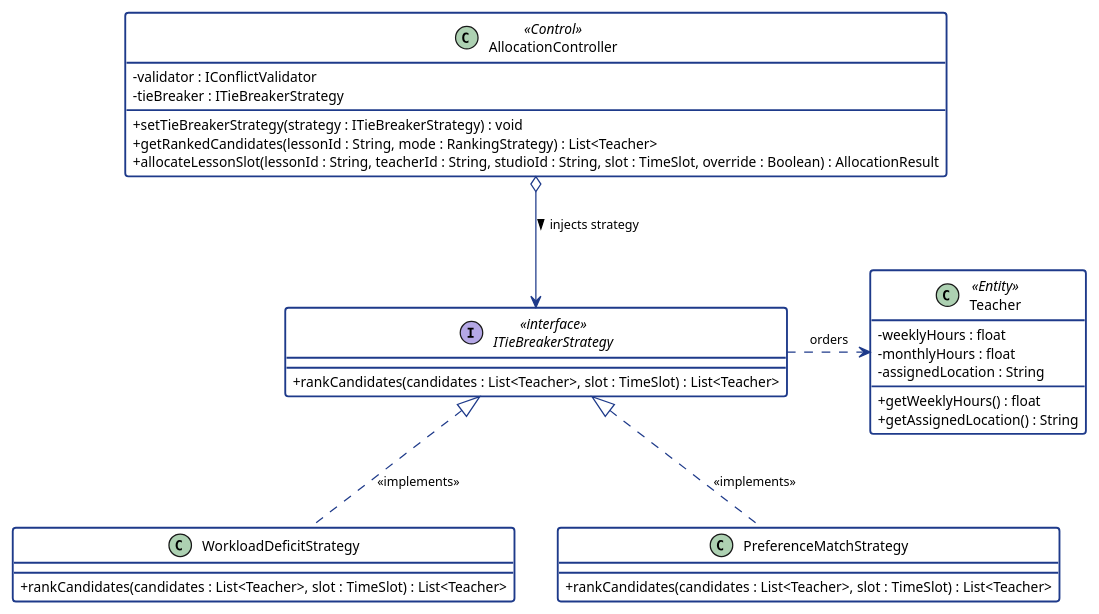
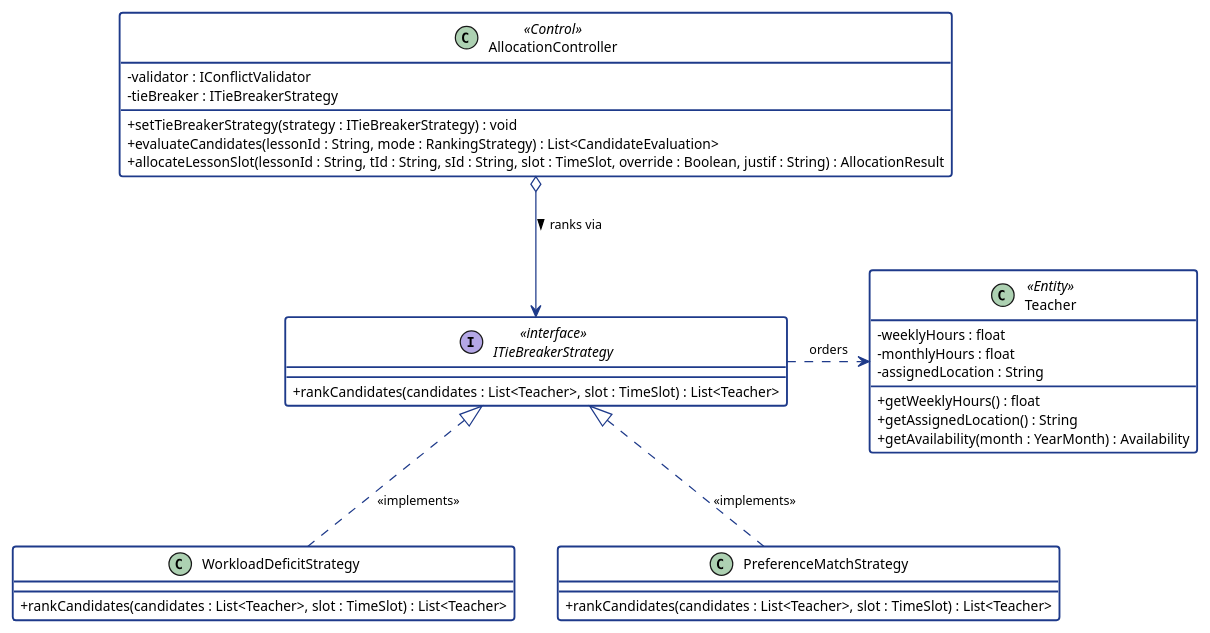
The diagram in report/assets/m2/pattern_after_excerpt.puml (adoreblvnk/2001temp), drawn with PlantUML before and after one commit. The commit also changed 39 other files, not shown here.

Commit message:
fix(report,wireframes,slides): align UML diagrams, interface contracts, testing, and PDF exports

```diff
--- a/report/assets/m2/pattern_after_excerpt.puml
+++ b/report/assets/m2/pattern_after_excerpt.puml
@@ -1,52 +1,53 @@
 @startuml pattern_after_excerpt
 skinparam classAttributeIconSize 0
 skinparam shadowing false
 skinparam defaultFontName "Helvetica", "Arial", sans-serif
 skinparam defaultFontSize 11
 skinparam class {
     BackgroundColor #FFFFFF
     BorderColor #1E3A8A
     BorderThickness 1.5
 }
 skinparam interface {
     BackgroundColor #EFF6FF
     BorderColor #2563EB
     BorderThickness 1.5
 }
 skinparam arrow {
     Color #1E3A8A
     FontSize 10
 }
 
 class AllocationController <<Control>> {
     - validator : IConflictValidator
     - tieBreaker : ITieBreakerStrategy
     + setTieBreakerStrategy(strategy : ITieBreakerStrategy) : void
-    + getRankedCandidates(lessonId : String, mode : RankingStrategy) : List<Teacher>
-    + allocateLessonSlot(lessonId : String, teacherId : String, studioId : String, slot : TimeSlot, override : Boolean) : AllocationResult
+    + evaluateCandidates(lessonId : String, mode : RankingStrategy) : List<CandidateEvaluation>
+    + allocateLessonSlot(lessonId : String, tId : String, sId : String, slot : TimeSlot, override : Boolean, justif : String) : AllocationResult
 }
 interface ITieBreakerStrategy <<interface>> {
     + rankCandidates(candidates : List<Teacher>, slot : TimeSlot) : List<Teacher>
 }
 
 class WorkloadDeficitStrategy {
     + rankCandidates(candidates : List<Teacher>, slot : TimeSlot) : List<Teacher>
 }
 
 class PreferenceMatchStrategy {
     + rankCandidates(candidates : List<Teacher>, slot : TimeSlot) : List<Teacher>
 }
 
 class Teacher <<Entity>> {
     - weeklyHours : float
     - monthlyHours : float
     - assignedLocation : String
     + getWeeklyHours() : float
     + getAssignedLocation() : String
+    + getAvailability(month : YearMonth) : Availability
 }
-AllocationController o-down-> ITieBreakerStrategy : injects strategy >
+AllocationController o-down-> ITieBreakerStrategy : ranks via >
 WorkloadDeficitStrategy .up.|> ITieBreakerStrategy : <<implements>>
 PreferenceMatchStrategy .up.|> ITieBreakerStrategy : <<implements>>
 ITieBreakerStrategy .right.> Teacher : orders
 
 @enduml
```
